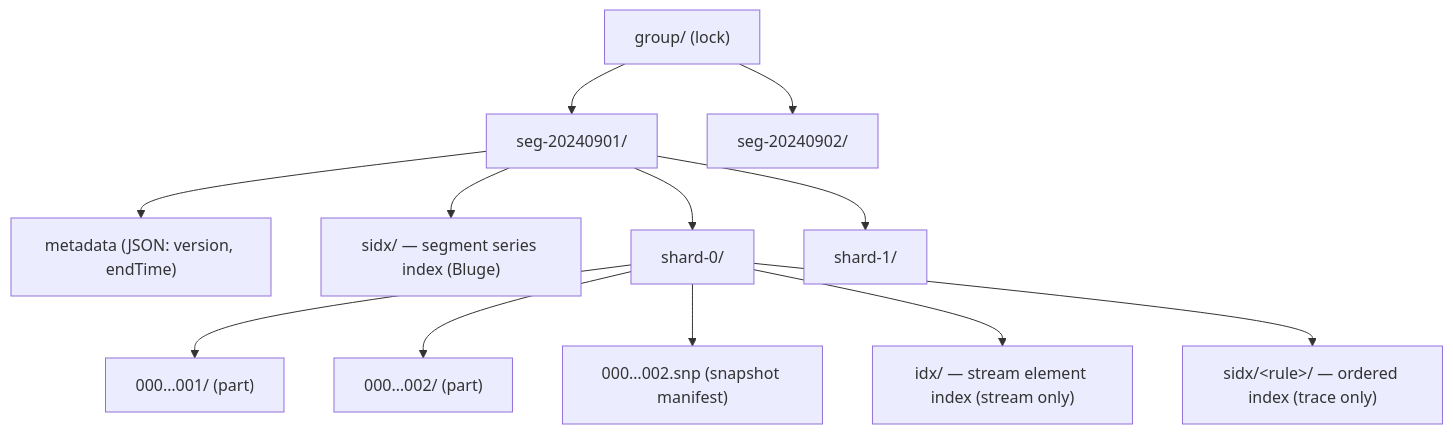
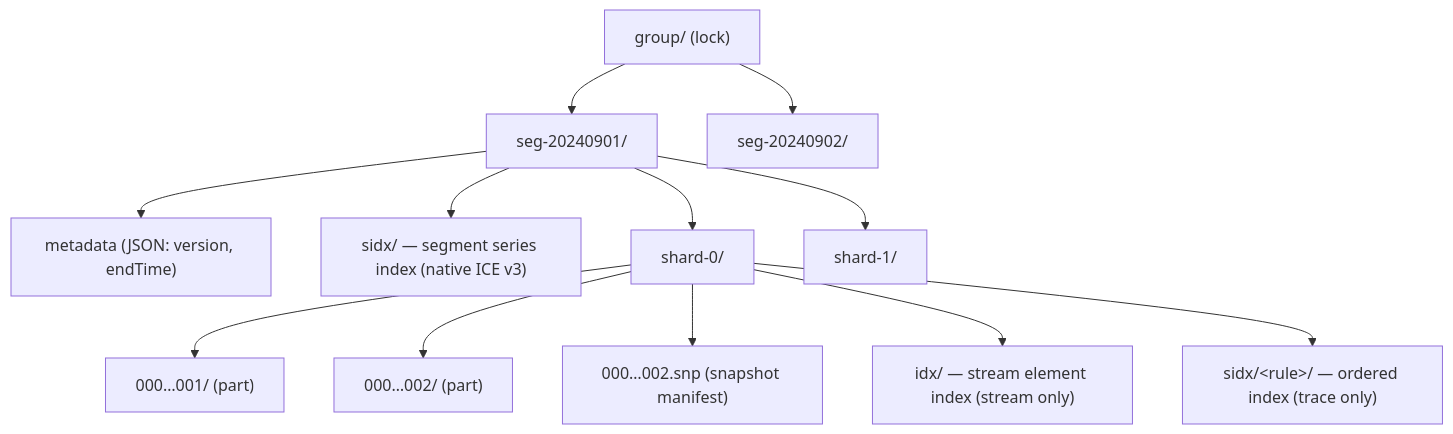
One commit to apache/skywalking-banyandb changed the first of 11 diagrams in docs/concept/storage-and-format.md. Above: the diagram before and after it, drawn with Mermaid. The commit also changed other lines of this file and 161 other files, not shown here.

Commit message:
feat(index): cut the series index over to the native index and remove the legacy engine (NIDX-03) (#1397)

````diff
--- a/docs/concept/storage-and-format.md
+++ b/docs/concept/storage-and-format.md
@@ -48,14 +48,14 @@
 ```mermaid
 flowchart TD
     G["group/ (lock)"] --> S1["seg-20240901/"]
     G --> S2["seg-20240902/"]
     S1 --> M["metadata (JSON: version, endTime)"]
-    S1 --> SIDX["sidx/ — segment series index (Bluge)"]
+    S1 --> SIDX["sidx/ — segment series index (native ICE v3)"]
     S1 --> SH0["shard-0/"]
     S1 --> SH1["shard-1/"]
     SH0 --> P1["000…001/ (part)"]
     SH0 --> P2["000…002/ (part)"]
     SH0 --> SNP["000…002.snp (snapshot manifest)"]
     SH0 --> IDX["idx/ — stream element index (stream only)"]
     SH0 --> TSX["sidx/&lt;rule&gt;/ — ordered index (trace only)"]
 ```
````
